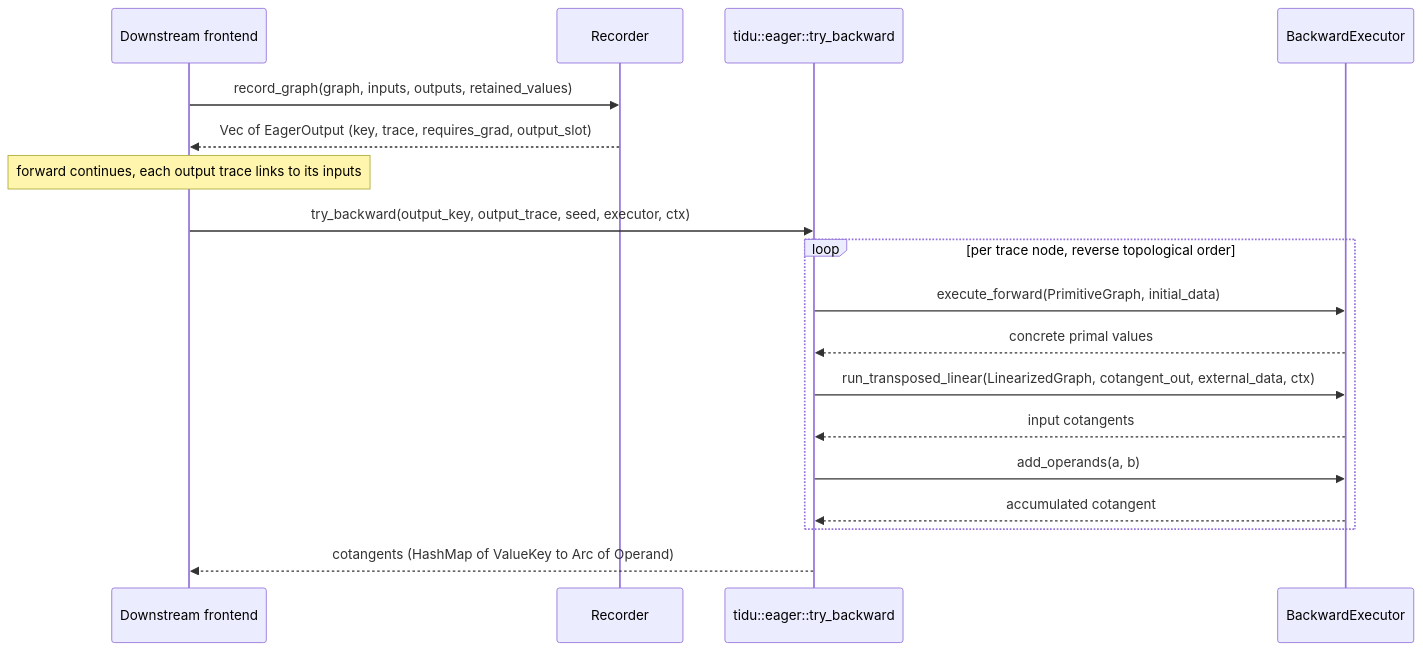
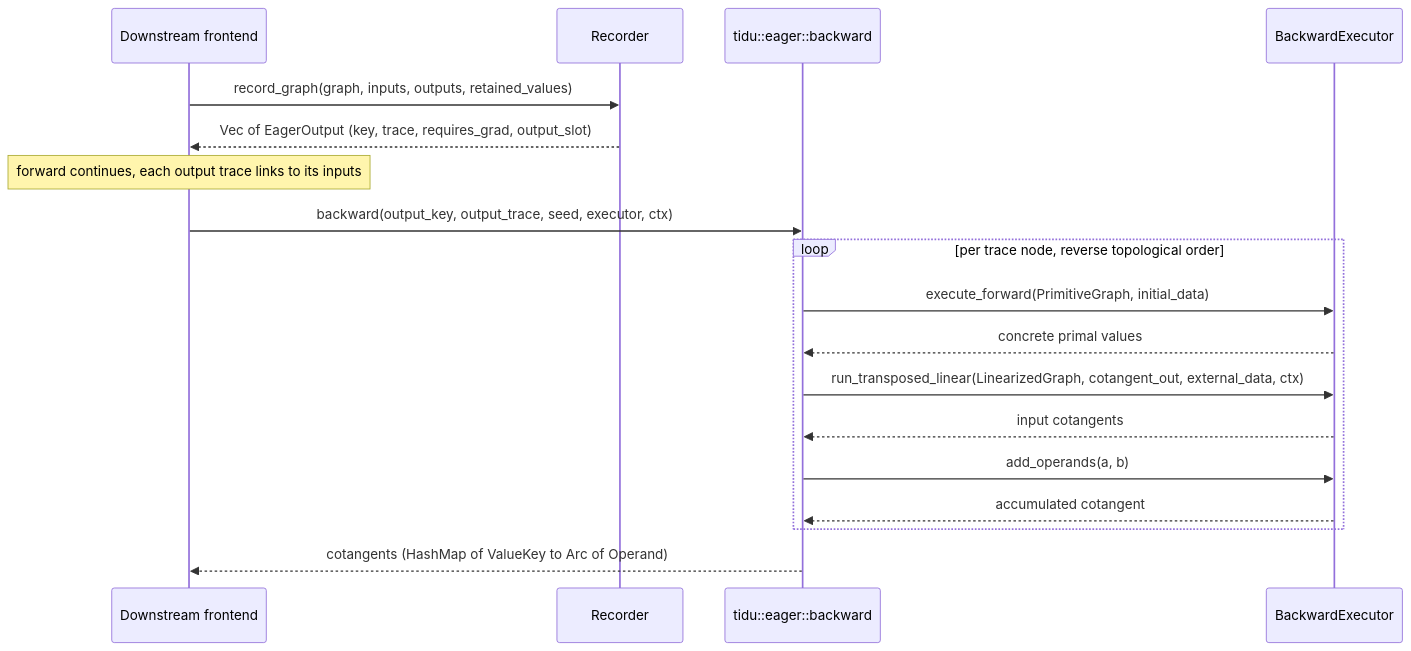
One commit to tensor4all/tidu-rs changed the diagram in docs/guides/eager-integration.qmd. Above: the diagram before and after it, drawn with Mermaid. The commit also changed other lines of this file and 40 other files, not shown here.

````diff
--- a/docs/guides/eager-integration.qmd
+++ b/docs/guides/eager-integration.qmd
@@ -69,20 +69,20 @@
 ```{mermaid}
 sequenceDiagram
   participant DS as Downstream frontend
   participant R as Recorder
-  participant TB as tidu::eager::try_backward
+  participant TB as tidu::eager::backward
   participant EX as BackwardExecutor
   DS->>R: record_graph(graph, inputs, outputs, retained_values)
   R-->>DS: Vec of EagerOutput (key, trace, requires_grad, output_slot)
   Note over DS: forward continues, each output trace links to its inputs
-  DS->>TB: try_backward(output_key, output_trace, seed, executor, ctx)
+  DS->>TB: backward(output_key, output_trace, seed, executor, ctx)
   loop per trace node, reverse topological order
     TB->>EX: execute_forward(PrimitiveGraph, initial_data)
     EX-->>TB: concrete primal values
     TB->>EX: run_transposed_linear(LinearizedGraph, cotangent_out, external_data, ctx)
     EX-->>TB: input cotangents
     TB->>EX: add_operands(a, b)
     EX-->>TB: accumulated cotangent
   end
   TB-->>DS: cotangents (HashMap of ValueKey to Arc of Operand)
 ```
````
